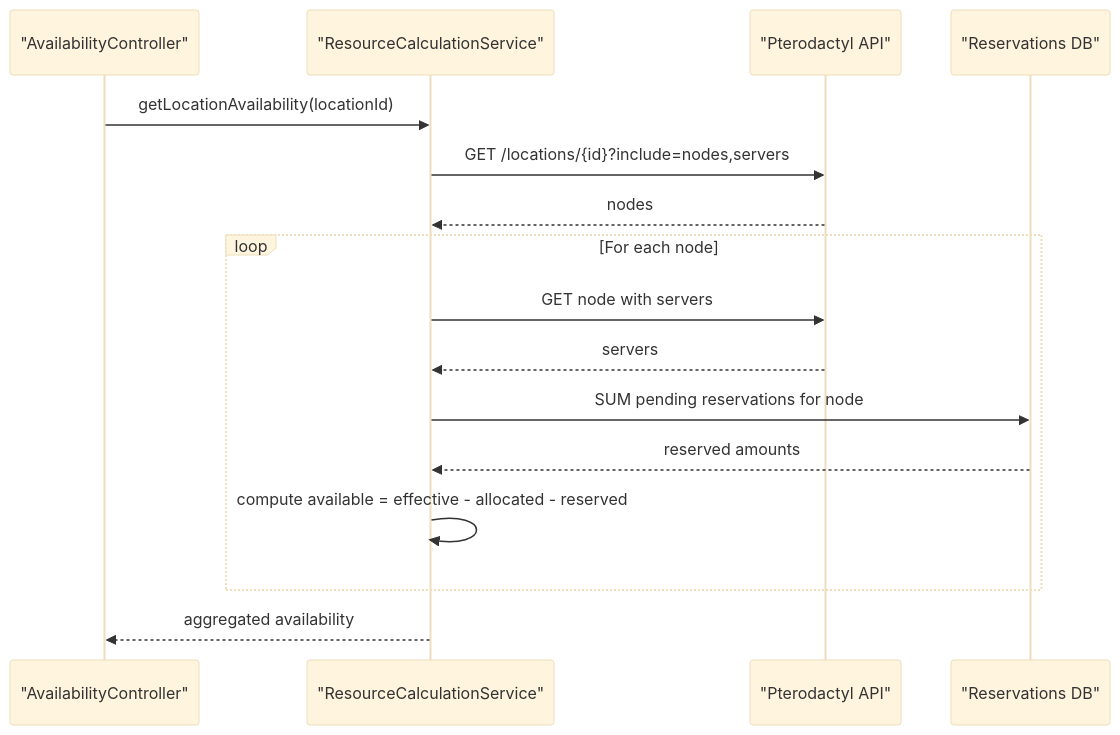
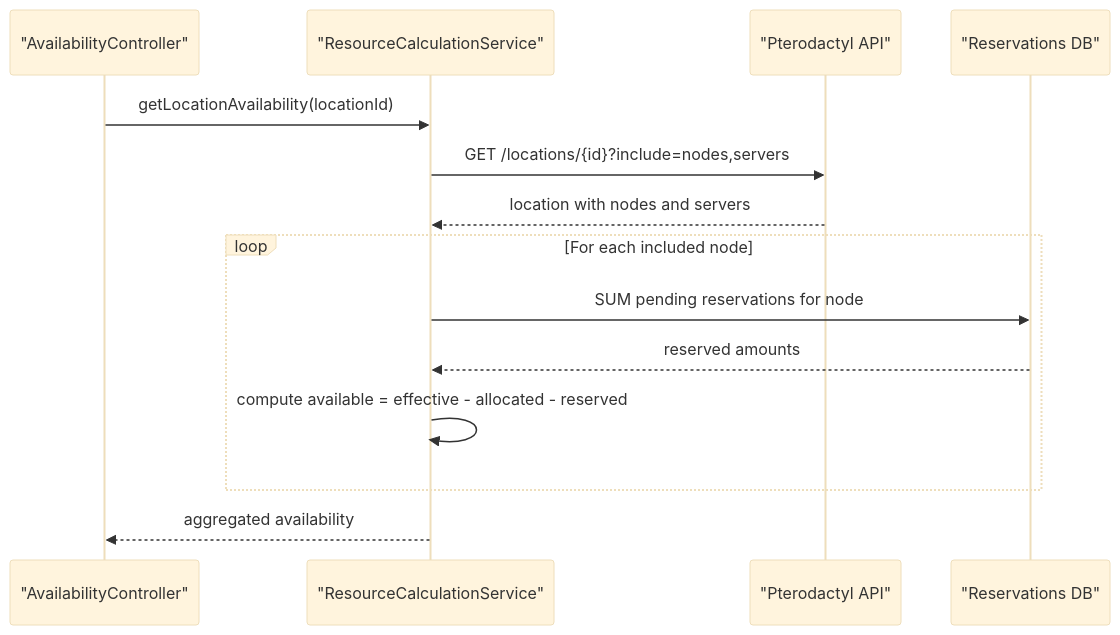
Before and after one commit to ObsidianNetwork/dynamic-pterodactyl: the fifth of 9 diagrams in .qoder/repowiki/en/content/Architecture Overview/Companion Extension Pattern.md, drawn with Mermaid (base theme). The commit also changed 3 other files, not shown here.

````diff
--- a/.qoder/repowiki/en/content/Architecture Overview/Companion Extension Pattern.md
+++ b/.qoder/repowiki/en/content/Architecture Overview/Companion Extension Pattern.md
@@ -197,18 +197,16 @@
 ```mermaid
 sequenceDiagram
 participant Controller as "AvailabilityController"
 participant RSC as "ResourceCalculationService"
 participant Ptero as "Pterodactyl API"
 participant DB as "Reservations DB"
 Controller->>RSC : getLocationAvailability(locationId)
 RSC->>Ptero : GET /locations/{id}?include=nodes,servers
-Ptero-->>RSC : nodes
-loop For each node
-RSC->>Ptero : GET node with servers
-Ptero-->>RSC : servers
+Ptero-->>RSC : location with nodes and servers
+loop For each included node
 RSC->>DB : SUM pending reservations for node
 DB-->>RSC : reserved amounts
 RSC->>RSC : compute available = effective - allocated - reserved
 end
 RSC-->>Controller : aggregated availability
 ```
````
